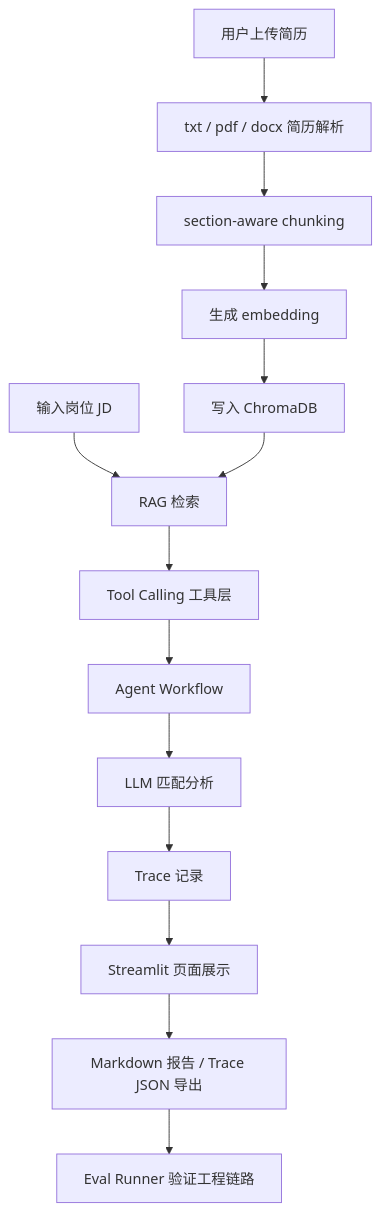
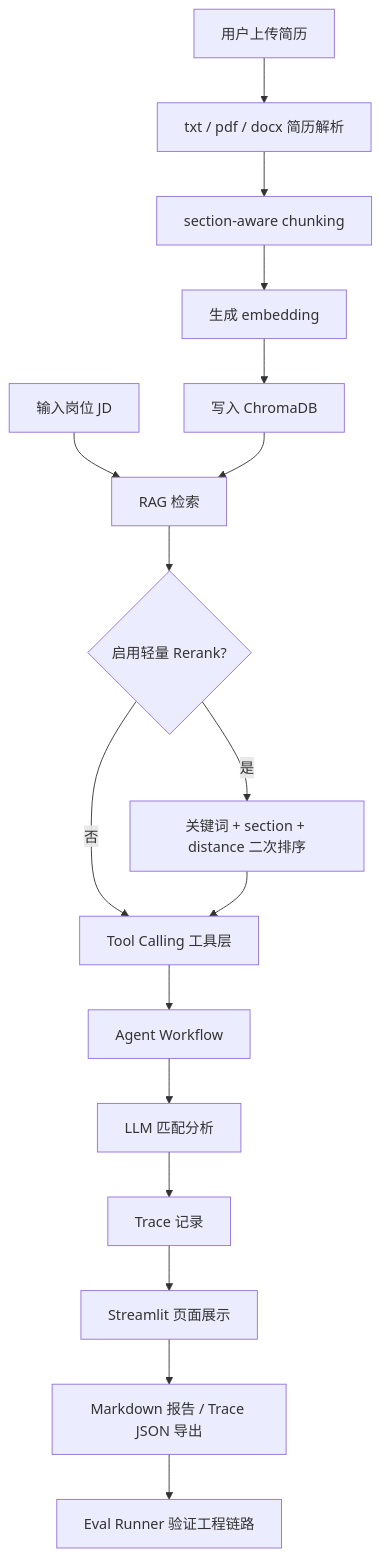
Before and after one commit to zimuyu613/ai-resume-agent: the diagram in README.md, drawn with Mermaid. The commit also changed other lines of this file and 8 other files, not shown here.

````diff
--- a/README.md
+++ b/README.md
@@ -45,16 +46,19 @@
 ```mermaid
 flowchart TD
     A[用户上传简历] --> B[txt / pdf / docx 简历解析]
     B --> C[section-aware chunking]
     C --> D[生成 embedding]
     D --> E[写入 ChromaDB]
     F[输入岗位 JD] --> G[RAG 检索]
     E --> G
-    G --> H[Tool Calling 工具层]
+    G --> R{启用轻量 Rerank?}
+    R -->|是| RR[关键词 + section + distance 二次排序]
+    R -->|否| H[Tool Calling 工具层]
+    RR --> H
     H --> I[Agent Workflow]
     I --> J[LLM 匹配分析]
     J --> K[Trace 记录]
     K --> L[Streamlit 页面展示]
     L --> M[Markdown 报告 / Trace JSON 导出]
     M --> N[Eval Runner 验证工程链路]
 ```
````
